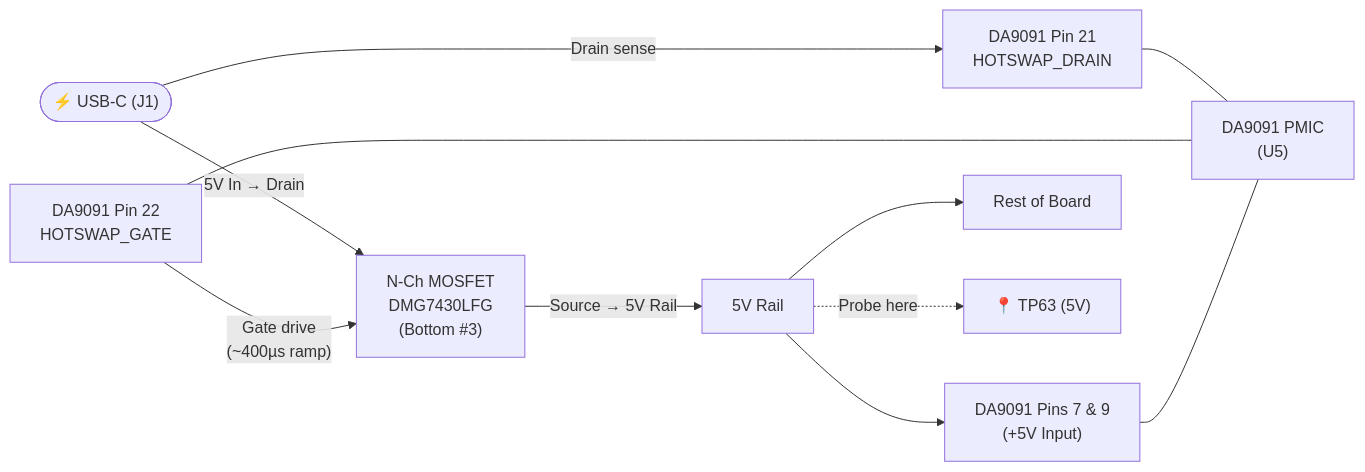
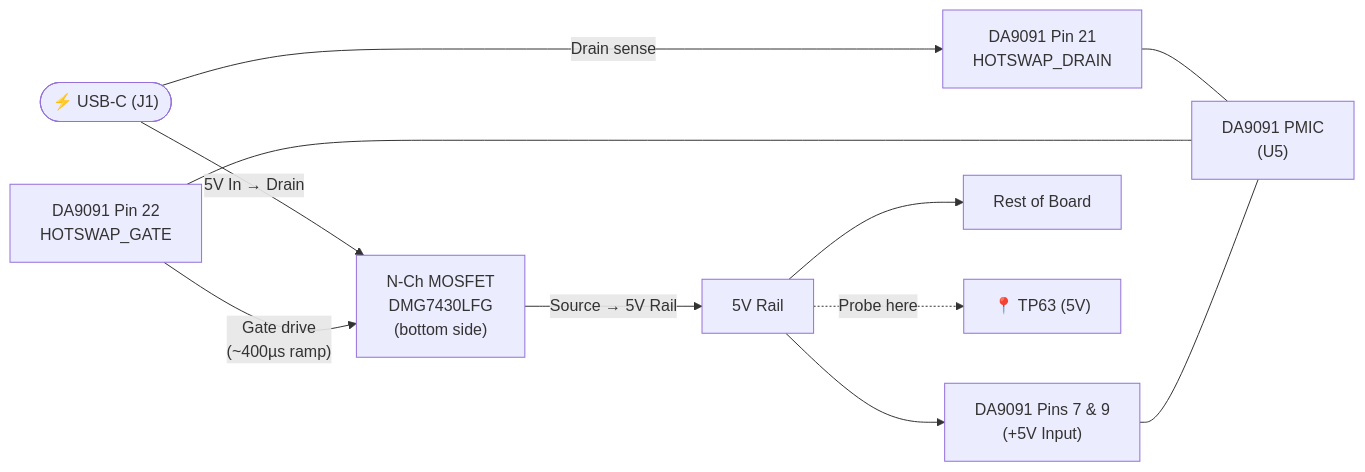
The diagram in docs/pi5/troubleshooting/5v-power-flow.md (dpetzel/rpi-site), drawn with Mermaid before and after one commit. The commit also changed other lines of this file and 4 other files, not shown here.

````diff
--- a/docs/pi5/troubleshooting/5v-power-flow.md
+++ b/docs/pi5/troubleshooting/5v-power-flow.md
@@ -21,14 +20,14 @@
 ```mermaid
 flowchart LR
-    USB(["⚡ USB-C (J1)"]) -- "5V In → Drain" --> MOSFET["N-Ch MOSFET\nDMG7430LFG\n(Bottom #3)"]
+    USB(["⚡ USB-C (J1)"]) -- "5V In → Drain" --> MOSFET["N-Ch MOSFET\nDMG7430LFG\n(bottom side)"]
     USB -- "Drain sense" --> PMIC_DRAIN["DA9091 Pin 21\nHOTSWAP_DRAIN"]
     PMIC_GATE["DA9091 Pin 22\nHOTSWAP_GATE"] -- "Gate drive\n(~400µs ramp)" --> MOSFET
     MOSFET -- "Source → 5V Rail" --> RAIL["5V Rail"]
     RAIL --> PMIC_5V["DA9091 Pins 7 & 9\n(+5V Input)"]
     RAIL --> BOARD["Rest of Board"]
     RAIL -. "Probe here" .-> TP63["📍 TP63 (5V)"]
 
     PMIC_DRAIN --- PMIC["DA9091 PMIC\n(U5)"]
     PMIC_GATE --- PMIC
     PMIC_5V --- PMIC
 ```
````
